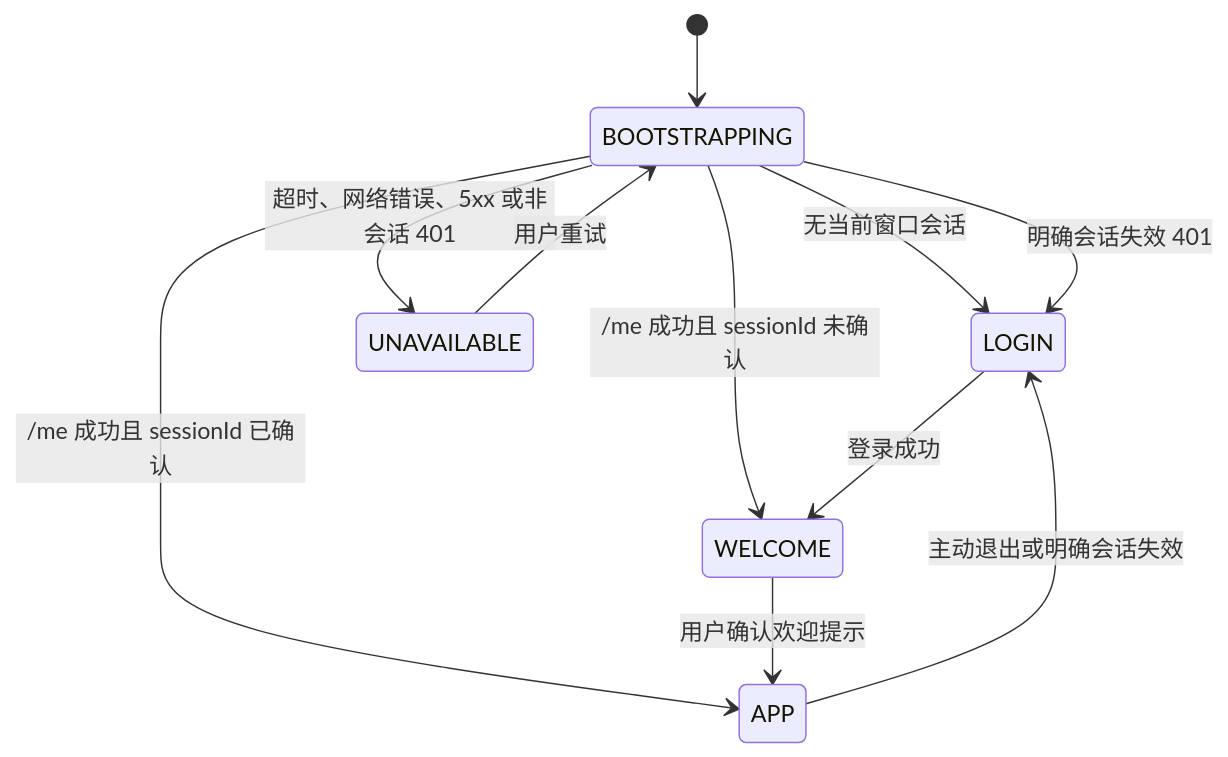
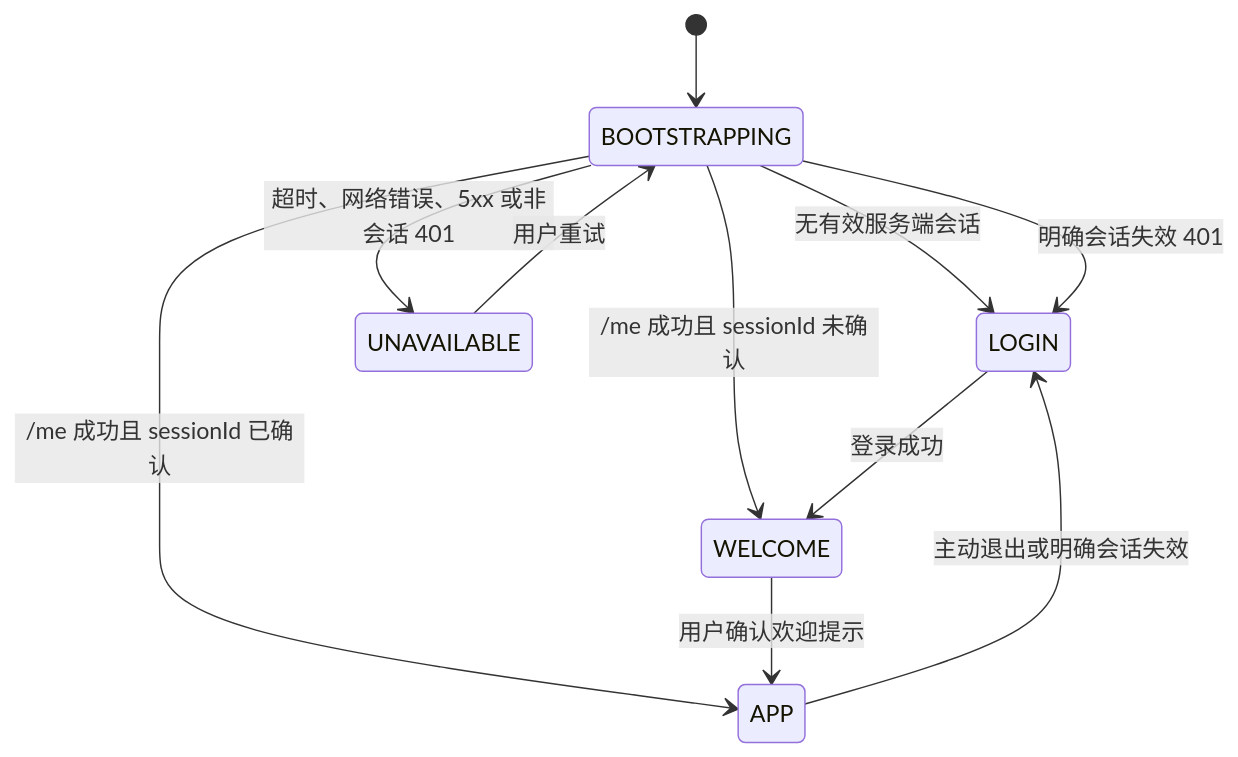
One commit to w8123/EnterpriseAgentFramework changed the diagram in docs/architecture/platform-console-auth-state-machine.md. Above: the diagram before and after it, drawn with Mermaid. The commit also changed other lines of this file and 1372 other files, not shown here.

````diff
--- a/docs/architecture/platform-console-auth-state-machine.md
+++ b/docs/architecture/platform-console-auth-state-machine.md
@@ -9,14 +9,14 @@
 ```mermaid
 stateDiagram-v2
   [*] --> BOOTSTRAPPING
-  BOOTSTRAPPING --> LOGIN: 无当前窗口会话
+  BOOTSTRAPPING --> LOGIN: 无有效服务端会话
   BOOTSTRAPPING --> LOGIN: 明确会话失效 401
   BOOTSTRAPPING --> WELCOME: /me 成功且 sessionId 未确认
   BOOTSTRAPPING --> APP: /me 成功且 sessionId 已确认
   BOOTSTRAPPING --> UNAVAILABLE: 超时、网络错误、5xx 或非会话 401
 
   LOGIN --> WELCOME: 登录成功
   WELCOME --> APP: 用户确认欢迎提示
   APP --> LOGIN: 主动退出或明确会话失效
   UNAVAILABLE --> BOOTSTRAPPING: 用户重试
 ```
````
